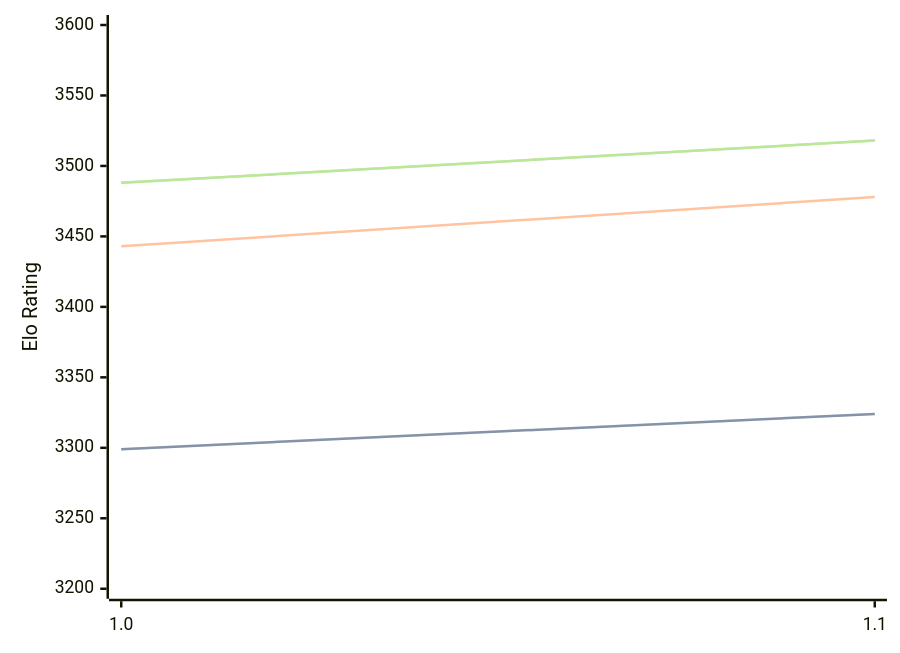
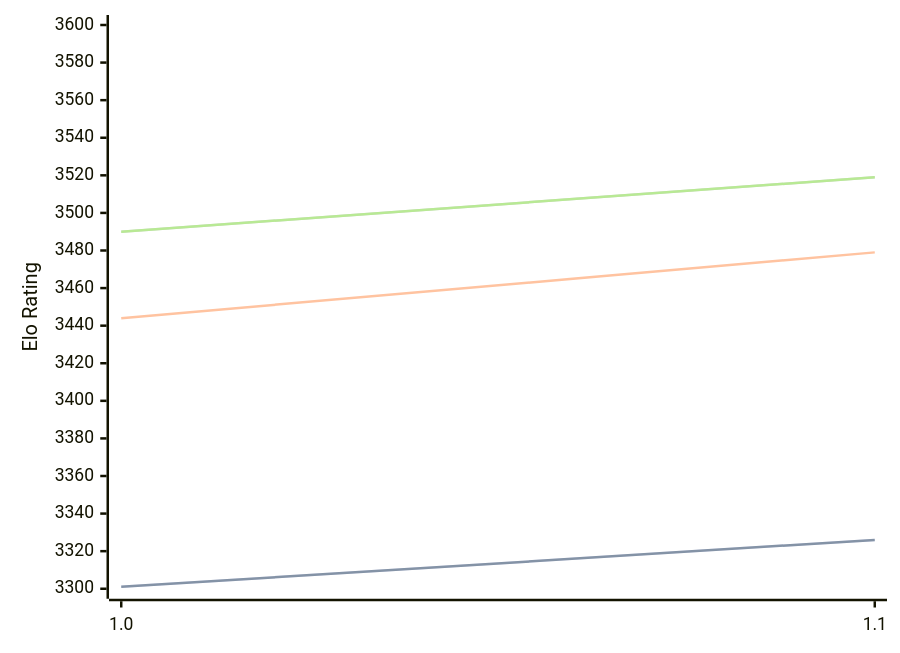
The third of 3 diagrams in engines/Icarus.md (computer-chess-index/cci), drawn with Mermaid before and after one commit. The commit also changed other lines of this file, not shown here.

Commit message:
Update CCI Ratings (ELO VLTC) - 2026-06-30

````diff
--- a/engines/Icarus.md
+++ b/engines/Icarus.md
@@ -65,11 +65,11 @@
 ```mermaid
 %%{init: {"theme":"base","themeVariables":{"seriesColors:['#a3a3a3','#222221','#faa371']}}}%%
 xychart-beta
   x-axis ["1.0", "1.1"]
-  y-axis "Elo Rating" 3200 --> 3600
-  line "STC (8.0+0.08s)" [3299, 3324]
-  line "STC (8.0+0.08s)" [3299, 3324]
-  line "LTC (60.0+0.60s)" [3443, 3478]
-  line "VLTC (2m24s+1.12s)" [3488, 3518]
-  line "VLTC (2m24s+1.12s)" [3488, 3518]
+  y-axis "Elo Rating" 3300 --> 3600
+  line "STC (8.0+0.08s)" [3301, 3326]
+  line "STC (8.0+0.08s)" [3301, 3326]
+  line "LTC (60.0+0.60s)" [3444, 3479]
+  line "VLTC (2m24s+1.12s)" [3490, 3519]
+  line "VLTC (2m24s+1.12s)" [3490, 3519]
 ```
````
